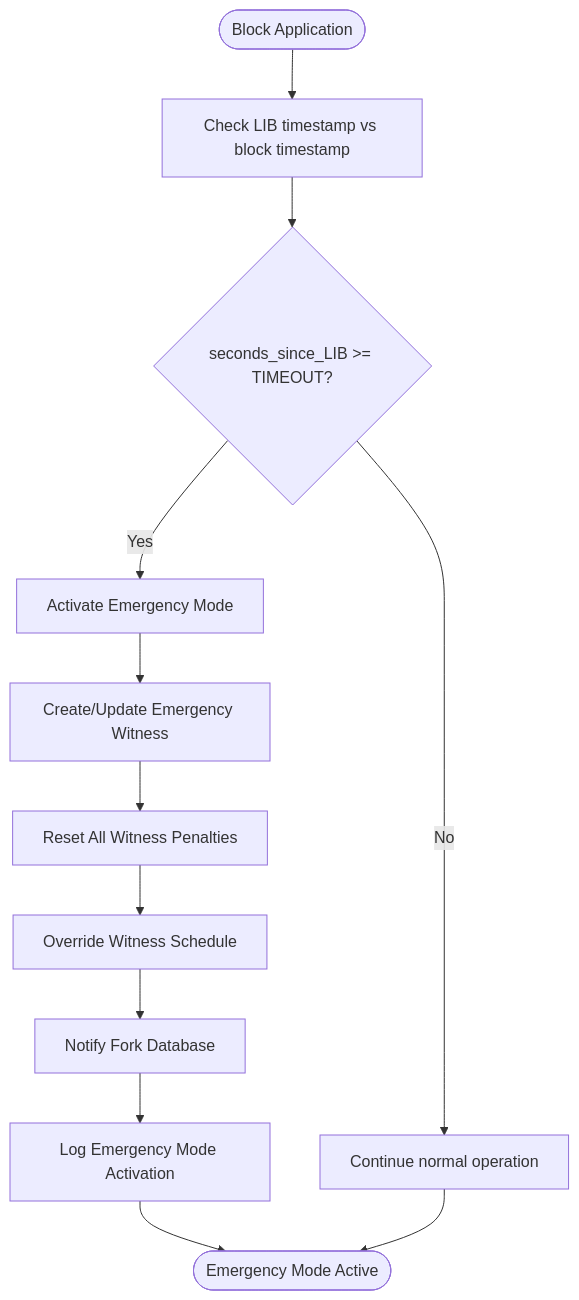
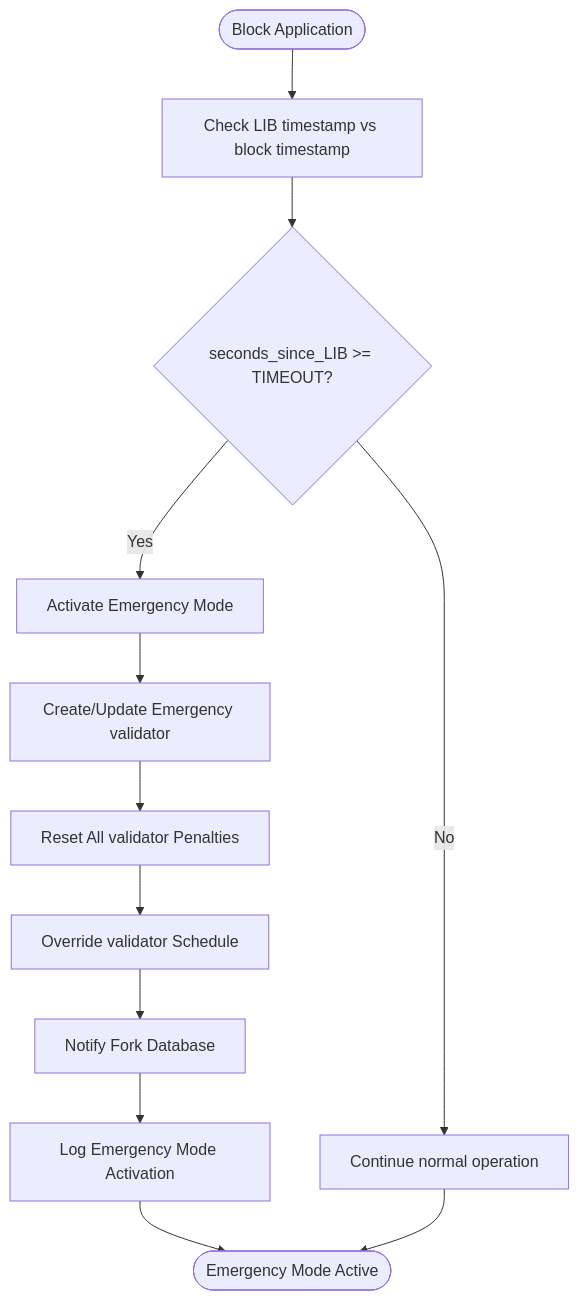
One commit to VIZ-Blockchain/viz-cpp-node changed diagram 12 of 20 in .qoder/repowiki/en/content/Architecture Overview/Core Libraries/Chain Library/Fork Resolution and Consensus.md. Above: the diagram before and after it, drawn with Mermaid. The commit also changed other lines of this file and 88 other files, not shown here.

First line of the commit message:
docs(validator): rename witness to validator throughout documentation

````diff
--- a/.qoder/repowiki/en/content/Architecture Overview/Core Libraries/Chain Library/Fork Resolution and Consensus.md
+++ b/.qoder/repowiki/en/content/Architecture Overview/Core Libraries/Chain Library/Fork Resolution and Consensus.md
@@ -733,14 +733,14 @@
 ```mermaid
 flowchart TD
 Start(["Block Application"]) --> CheckTimeout["Check LIB timestamp vs block timestamp"]
 CheckTimeout --> TimeoutExceeded{"seconds_since_LIB >= TIMEOUT?"}
 TimeoutExceeded --> |No| NormalOperation["Continue normal operation"]
 TimeoutExceeded --> |Yes| ActivateEmergency["Activate Emergency Mode"]
-ActivateEmergency --> CreateWitness["Create/Update Emergency Witness"]
-CreateWitness --> ResetPenalties["Reset All Witness Penalties"]
-ResetPenalties --> OverrideSchedule["Override Witness Schedule"]
+ActivateEmergency --> CreateWitness["Create/Update Emergency validator"]
+CreateWitness --> ResetPenalties["Reset All validator Penalties"]
+ResetPenalties --> OverrideSchedule["Override validator Schedule"]
 OverrideSchedule --> NotifyForkDB["Notify Fork Database"]
 NotifyForkDB --> LogActivation["Log Emergency Mode Activation"]
 LogActivation --> End(["Emergency Mode Active"])
 NormalOperation --> End
 ```
````
